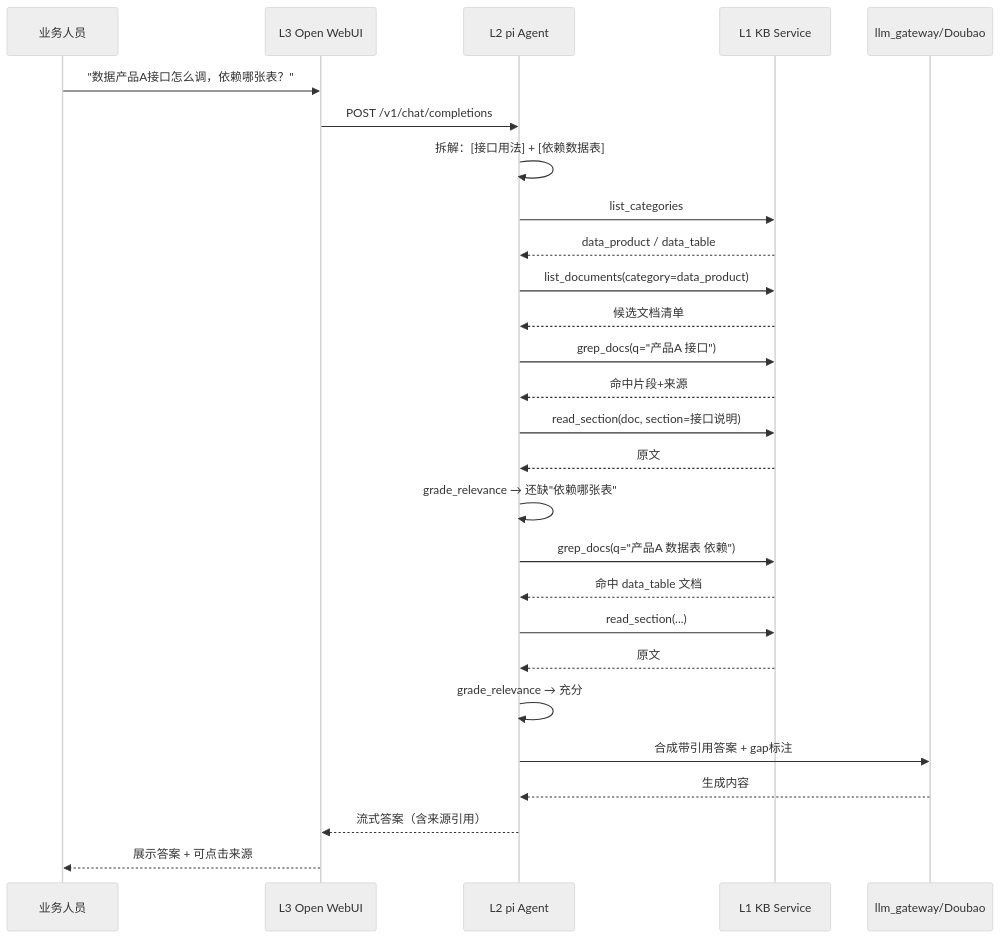
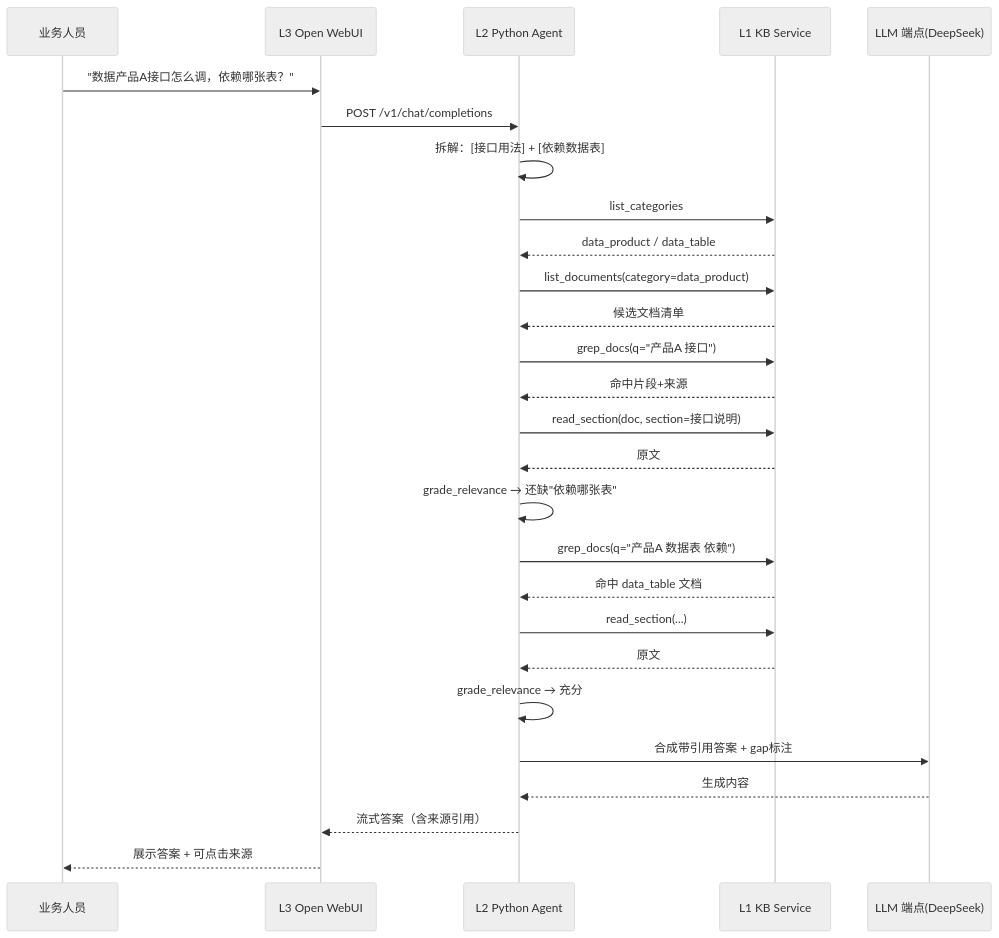
The fifth of 5 diagrams in docs/architecture_3layer.md (Laughingtt/kb-retrieval-sys), drawn with Mermaid (neutral theme) before and after one commit. The commit also changed other lines of this file and 2 other files, not shown here.

First line of the commit message:
docs(m5): L2 Python Agent 设计 + 约束文档迁移至 Python 方案

````diff
--- a/docs/architecture_3layer.md
+++ b/docs/architecture_3layer.md
@@ -196,30 +198,30 @@
 ```mermaid
 sequenceDiagram
     participant U as 业务人员
     participant UI as L3 Open WebUI
-    participant AG as L2 pi Agent
+    participant AG as L2 Python Agent
     participant KB as L1 KB Service
-    participant GW as llm_gateway/Doubao
+    participant GW as LLM 端点(DeepSeek)
 
     U->>UI: "数据产品A接口怎么调，依赖哪张表？"
     UI->>AG: POST /v1/chat/completions
     AG->>AG: 拆解：[接口用法] + [依赖数据表]
     AG->>KB: list_categories
     KB-->>AG: data_product / data_table
     AG->>KB: list_documents(category=data_product)
     KB-->>AG: 候选文档清单
     AG->>KB: grep_docs(q="产品A 接口")
     KB-->>AG: 命中片段+来源
     AG->>KB: read_section(doc, section=接口说明)
     KB-->>AG: 原文
     AG->>AG: grade_relevance → 还缺"依赖哪张表"
     AG->>KB: grep_docs(q="产品A 数据表 依赖")
     KB-->>AG: 命中 data_table 文档
     AG->>KB: read_section(...)
     KB-->>AG: 原文
     AG->>AG: grade_relevance → 充分
     AG->>GW: 合成带引用答案 + gap标注
     GW-->>AG: 生成内容
     AG-->>UI: 流式答案（含来源引用）
     UI-->>U: 展示答案 + 可点击来源
 ```
````
